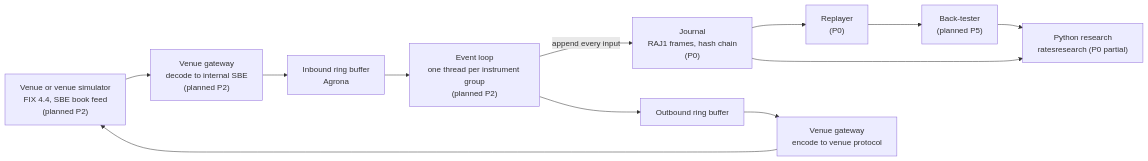
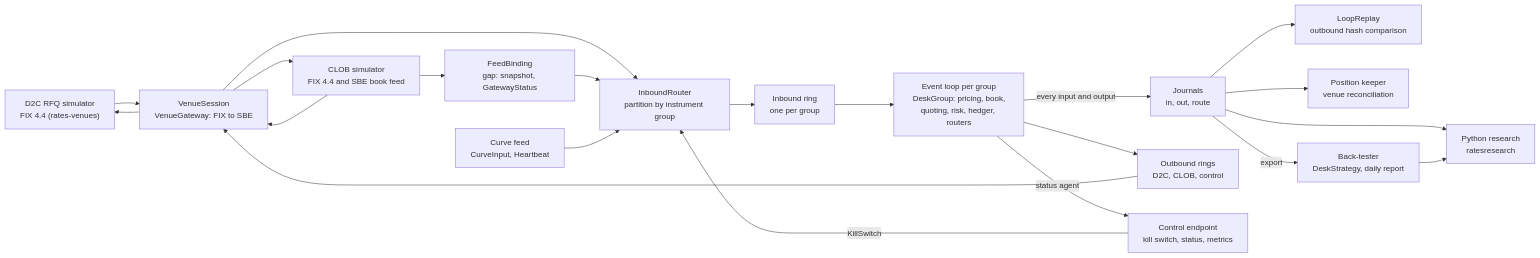
One commit to AshJha0/rates-algo-trading changed the diagram in docs/diagrams/data_flow.mmd. Above: the diagram before and after it, drawn with Mermaid. The commit also changed 22 other files, not shown here.

```diff
--- a/docs/diagrams/data_flow.mmd
+++ b/docs/diagrams/data_flow.mmd
@@ -1,18 +1,35 @@
 flowchart LR
-  venue["Venue or venue simulator<br/>FIX 4.4, SBE book feed<br/>(planned P2)"]
-  gateway["Venue gateway<br/>decode to internal SBE<br/>(planned P2)"]
-  ring_in["Inbound ring buffer<br/>Agrona"]
-  loop["Event loop<br/>one thread per instrument group<br/>(planned P2)"]
-  journal["Journal<br/>RAJ1 frames, hash chain<br/>(P0)"]
-  ring_out["Outbound ring buffer"]
-  gateway_out["Venue gateway<br/>encode to venue protocol"]
-  replayer["Replayer<br/>(P0)"]
-  backtest["Back-tester<br/>(planned P5)"]
-  research["Python research<br/>ratesresearch (P0 partial)"]
+  d2c["D2C RFQ simulator<br/>FIX 4.4 (rates-venues)"]
+  clob["CLOB simulator<br/>FIX 4.4 and SBE book feed"]
+  curvefeed["Curve feed<br/>CurveInput, Heartbeat"]
+  session["VenueSession<br/>VenueGateway: FIX to SBE"]
+  feed["FeedBinding<br/>gap: snapshot, GatewayStatus"]
+  router_in["InboundRouter<br/>partition by instrument group"]
+  ring_in["Inbound ring<br/>one per group"]
+  loop["Event loop per group<br/>DeskGroup: pricing, book,<br/>quoting, risk, hedger, routers"]
+  journals["Journals<br/>in, out, route"]
+  ring_out["Outbound rings<br/>D2C, CLOB, control"]
+  control["Control endpoint<br/>kill switch, status, metrics"]
+  replay["LoopReplay<br/>outbound hash comparison"]
+  keeper["Position keeper<br/>venue reconciliation"]
+  backtest["Back-tester<br/>DeskStrategy, daily report"]
+  research["Python research<br/>ratesresearch"]
 
-  venue --> gateway --> ring_in --> loop
-  loop -->|append every input| journal
-  loop --> ring_out --> gateway_out --> venue
-  journal --> replayer --> backtest
-  journal --> research
+  d2c --> session
+  clob --> session
+  clob --> feed
+  session --> router_in
+  feed --> router_in
+  curvefeed --> router_in
+  control -->|KillSwitch| router_in
+  router_in --> ring_in --> loop
+  loop -->|every input and output| journals
+  loop --> ring_out --> session
+  session --> d2c
+  session --> clob
+  loop -->|status agent| control
+  journals --> replay
+  journals --> keeper
+  journals -->|export| backtest
+  journals --> research
   backtest --> research
```
